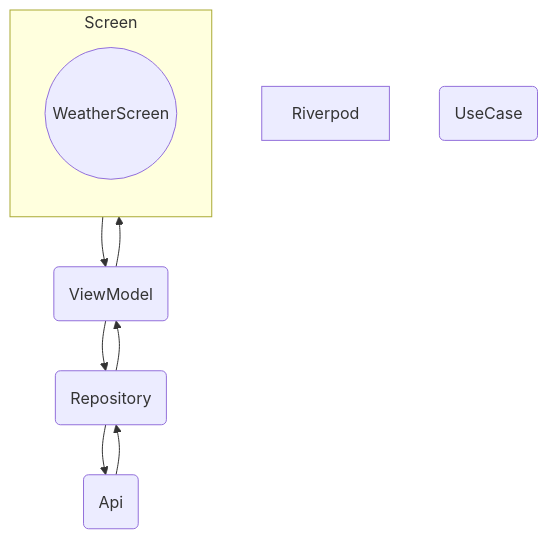
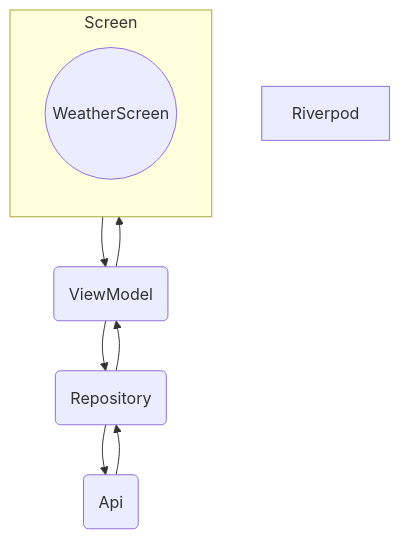
The first of 2 diagrams in ARCHITECTURE.md (iseruuuuu/flutter_yumemi_training_app), drawn with Mermaid before and after one commit.

Commit message:
fix: remove usecase

````diff
--- a/ARCHITECTURE.md
+++ b/ARCHITECTURE.md
@@ -6,22 +6,21 @@
 ```mermaid
 flowchart TB
 Riverpod
 
 subgraph Screen
 direction TB
 WeatherScreen((WeatherScreen))
 
 end
 
 Screen(Screen)
 ViewModel(ViewModel)
-UseCase(UseCase)
 Repository(Repository)
 Api(Api)
 Screen --> ViewModel
 ViewModel --> Screen
 Repository --> ViewModel
 ViewModel --> Repository
 Repository --> Api
 Api --> Repository
 ```
````
